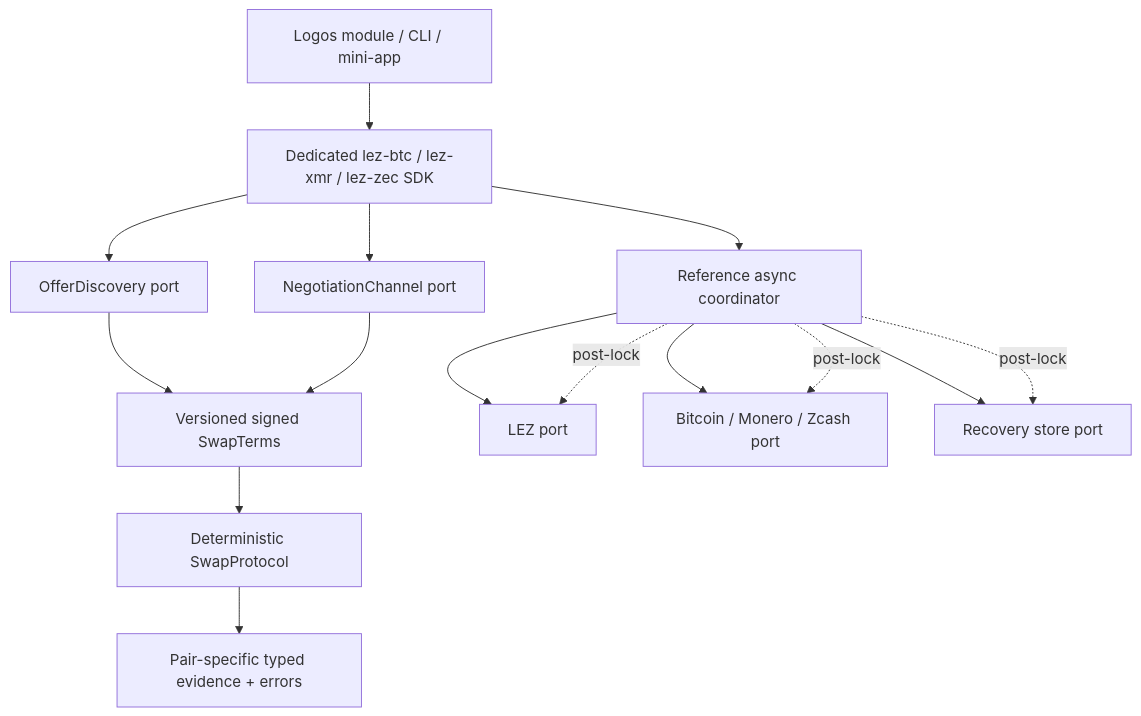
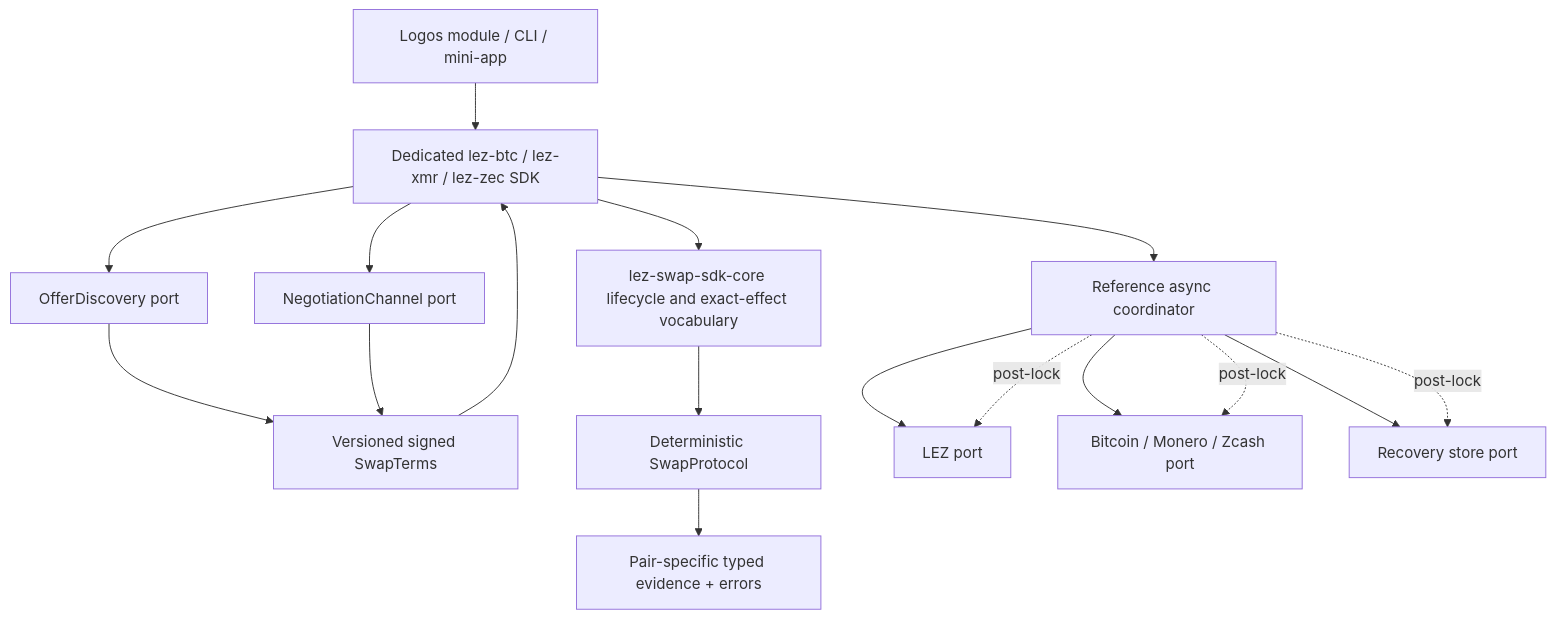
Before and after one commit to gateway-fm/lez-atomic-swaps: the first of 2 diagrams in docs/milestone-1/sdk-trait-surface.md, drawn with Mermaid. The commit also changed other lines of this file and 10 other files, not shown here.

Commit message:
docs: record M3 cutoff admission architecture

````diff
--- a/docs/milestone-1/sdk-trait-surface.md
+++ b/docs/milestone-1/sdk-trait-surface.md
@@ -5,17 +6,19 @@
 ```mermaid
 flowchart TB
     App["Logos module / CLI / mini-app"] --> Pair["Dedicated lez-btc / lez-xmr / lez-zec SDK"]
+    Pair --> Common["lez-swap-sdk-core lifecycle and exact-effect vocabulary"]
     Pair --> Discover["OfferDiscovery port"]
     Pair --> Negotiate["NegotiationChannel port"]
     Discover --> Terms["Versioned signed SwapTerms"]
     Negotiate --> Terms
-    Terms --> Pure["Deterministic SwapProtocol"]
+    Terms --> Pair
+    Common --> Pure["Deterministic SwapProtocol"]
     Pure --> Evidence["Pair-specific typed evidence + errors"]
     Pair --> Runtime["Reference async coordinator"]
     Runtime --> LEZ["LEZ port"]
     Runtime --> Foreign["Bitcoin / Monero / Zcash port"]
     Runtime --> Store["Recovery store port"]
     Runtime -. post-lock .-> LEZ
     Runtime -. post-lock .-> Foreign
     Runtime -. post-lock .-> Store
 ```
````
